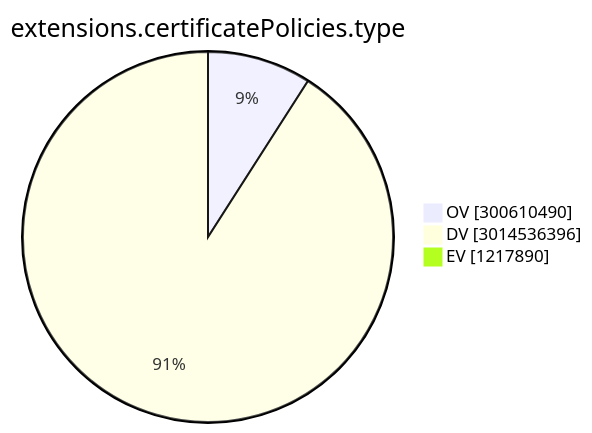
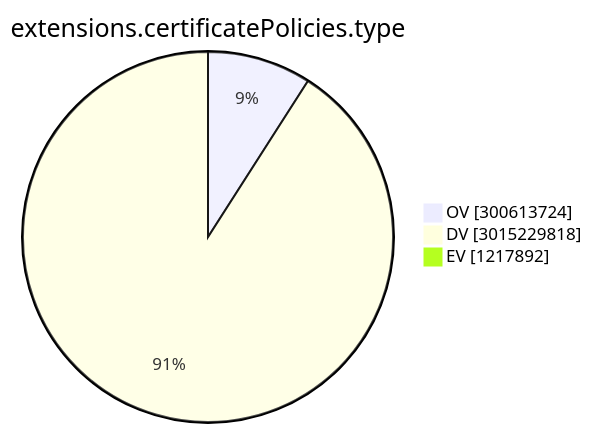
Before and after one commit to christiankrug/ctmonitor_visualization: the ninth of 15 diagrams in TOTAL/README.md, drawn with Mermaid. The commit also changed other lines of this file, not shown here.

````diff
--- a/TOTAL/README.md
+++ b/TOTAL/README.md
@@ -3102,7 +3102,7 @@
 ```mermaid
 pie showData
 title extensions.certificatePolicies.type
-"OV" :300610490
-"DV" :3014536396
-"EV" :1217890
+"OV" :300613724
+"DV" :3015229818
+"EV" :1217892
 ```
````
